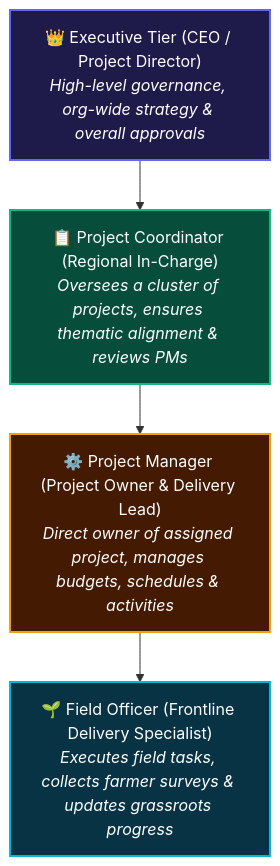
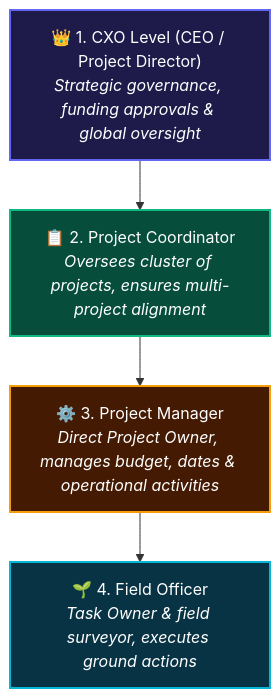
The second of 3 diagrams in docs/PROJECT_FLOW_USER_JOURNEY.md (Krushi-Vikas/krushi-vikas), drawn with Mermaid before and after one commit. The commit also changed other lines of this file and 3 other files, not shown here.

Commit message:
feat(permissions): enforce below-CXO project read visibility and update project flow user journey

````diff
--- a/docs/PROJECT_FLOW_USER_JOURNEY.md
+++ b/docs/PROJECT_FLOW_USER_JOURNEY.md
@@ -9,19 +37,19 @@
 ```mermaid
 graph TD
-    EXEC["👑 Executive Tier (CEO / Project Director)<br/><i>High-level governance, org-wide strategy & overall approvals</i>"]
-    PC["📋 Project Coordinator (Regional In-Charge)<br/><i>Oversees a cluster of projects, ensures thematic alignment & reviews PMs</i>"]
-    PM["⚙️ Project Manager (Project Owner & Delivery Lead)<br/><i>Direct owner of assigned project, manages budgets, schedules & activities</i>"]
-    FO["🌱 Field Officer (Frontline Delivery Specialist)<br/><i>Executes field tasks, collects farmer surveys & updates grassroots progress</i>"]
+    CXO["👑 1. CXO Level (CEO / Project Director)<br/><i>Strategic governance, funding approvals & global oversight</i>"]
+    PC["📋 2. Project Coordinator<br/><i>Oversees cluster of projects, ensures multi-project alignment</i>"]
+    PM["⚙️ 3. Project Manager<br/><i>Direct Project Owner, manages budget, dates & operational activities</i>"]
+    FO["🌱 4. Field Officer<br/><i>Task Owner & field surveyor, executes ground actions</i>"]
 
-    EXEC --> PC --> PM --> FO
+    CXO --> PC --> PM --> FO
 
-    classDef exec fill:#1e1b4b,stroke:#6366f1,stroke-width:2px,color:#fff;
+    classDef cxo fill:#1e1b4b,stroke:#6366f1,stroke-width:2px,color:#fff;
     classDef coord fill:#064e3b,stroke:#10b981,stroke-width:2px,color:#fff;
     classDef mgr fill:#451a03,stroke:#f59e0b,stroke-width:2px,color:#fff;
     classDef fo fill:#083344,stroke:#06b6d4,stroke-width:2px,color:#fff;
 
-    class EXEC exec;
+    class CXO cxo;
     class PC coord;
     class PM mgr;
     class FO fo;
 ```
````
